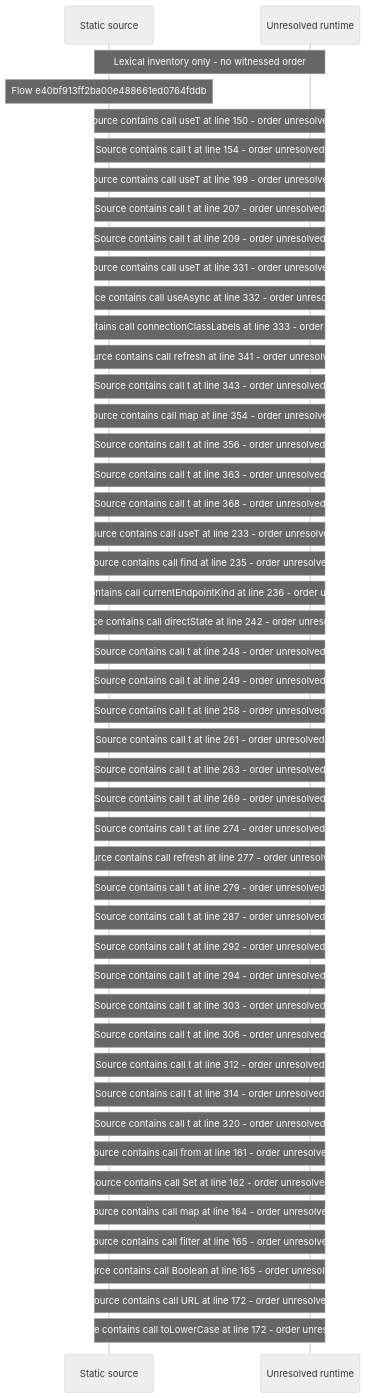
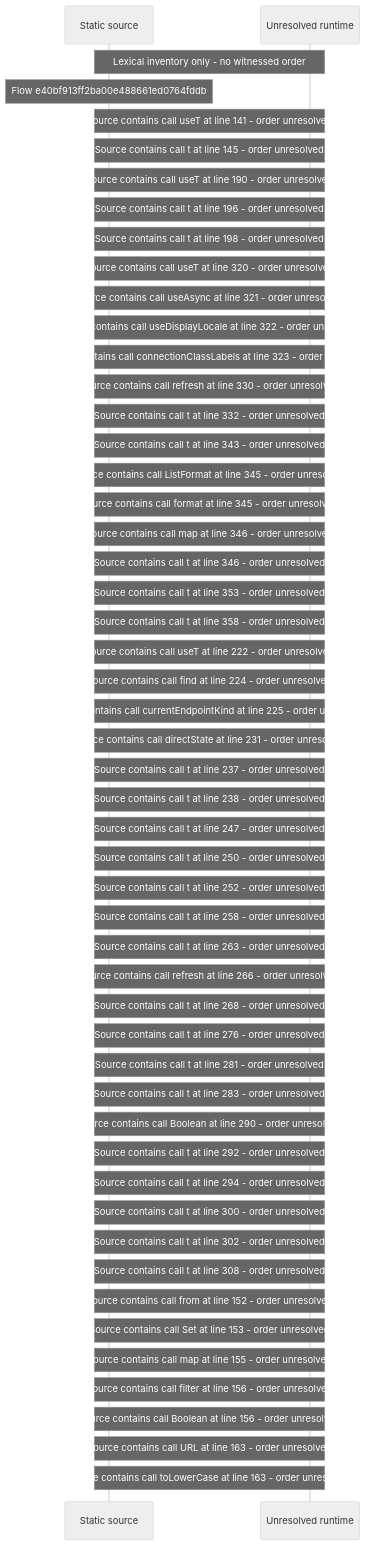
One commit to beamfall/core changed the diagram in docs/web/flows/generated/e40bf913ff2ba00e488661ed0764fddb/flow-diagram.md. Above: the diagram before and after it, drawn with Mermaid (neutral theme). The commit also changed other lines of this file and 715 other files, not shown here.

First line of the commit message:
Regenerate the web flow record on main after CORE-1117

````diff
--- a/docs/web/flows/generated/e40bf913ff2ba00e488661ed0764fddb/flow-diagram.md
+++ b/docs/web/flows/generated/e40bf913ff2ba00e488661ed0764fddb/flow-diagram.md
@@ -10,49 +10,54 @@
 ```mermaid
 sequenceDiagram
     participant S as Static source
     participant U as Unresolved runtime
     Note over S,U: Lexical inventory only - no witnessed order
     Note over S: Flow e40bf913ff2ba00e488661ed0764fddb
-    Note over S,U: Source contains call useT at line 150 - order unresolved
-    Note over S,U: Source contains call t at line 154 - order unresolved
-    Note over S,U: Source contains call useT at line 199 - order unresolved
-    Note over S,U: Source contains call t at line 207 - order unresolved
-    Note over S,U: Source contains call t at line 209 - order unresolved
-    Note over S,U: Source contains call useT at line 331 - order unresolved
-    Note over S,U: Source contains call useAsync at line 332 - order unresolved
-    Note over S,U: Source contains call connectionClassLabels at line 333 - order unresolved
-    Note over S,U: Source contains call refresh at line 341 - order unresolved
+    Note over S,U: Source contains call useT at line 141 - order unresolved
+    Note over S,U: Source contains call t at line 145 - order unresolved
+    Note over S,U: Source contains call useT at line 190 - order unresolved
+    Note over S,U: Source contains call t at line 196 - order unresolved
+    Note over S,U: Source contains call t at line 198 - order unresolved
+    Note over S,U: Source contains call useT at line 320 - order unresolved
+    Note over S,U: Source contains call useAsync at line 321 - order unresolved
+    Note over S,U: Source contains call useDisplayLocale at line 322 - order unresolved
+    Note over S,U: Source contains call connectionClassLabels at line 323 - order unresolved
+    Note over S,U: Source contains call refresh at line 330 - order unresolved
+    Note over S,U: Source contains call t at line 332 - order unresolved
     Note over S,U: Source contains call t at line 343 - order unresolved
-    Note over S,U: Source contains call map at line 354 - order unresolved
-    Note over S,U: Source contains call t at line 356 - order unresolved
-    Note over S,U: Source contains call t at line 363 - order unresolved
-    Note over S,U: Source contains call t at line 368 - order unresolved
-    Note over S,U: Source contains call useT at line 233 - order unresolved
-    Note over S,U: Source contains call find at line 235 - order unresolved
-    Note over S,U: Source contains call currentEndpointKind at line 236 - order unresolved
-    Note over S,U: Source contains call directState at line 242 - order unresolved
-    Note over S,U: Source contains call t at line 248 - order unresolved
-    Note over S,U: Source contains call t at line 249 - order unresolved
+    Note over S,U: Source contains call ListFormat at line 345 - order unresolved
+    Note over S,U: Source contains call format at line 345 - order unresolved
+    Note over S,U: Source contains call map at line 346 - order unresolved
+    Note over S,U: Source contains call t at line 346 - order unresolved
+    Note over S,U: Source contains call t at line 353 - order unresolved
+    Note over S,U: Source contains call t at line 358 - order unresolved
+    Note over S,U: Source contains call useT at line 222 - order unresolved
+    Note over S,U: Source contains call find at line 224 - order unresolved
+    Note over S,U: Source contains call currentEndpointKind at line 225 - order unresolved
+    Note over S,U: Source contains call directState at line 231 - order unresolved
+    Note over S,U: Source contains call t at line 237 - order unresolved
+    Note over S,U: Source contains call t at line 238 - order unresolved
+    Note over S,U: Source contains call t at line 247 - order unresolved
+    Note over S,U: Source contains call t at line 250 - order unresolved
+    Note over S,U: Source contains call t at line 252 - order unresolved
     Note over S,U: Source contains call t at line 258 - order unresolved
-    Note over S,U: Source contains call t at line 261 - order unresolved
     Note over S,U: Source contains call t at line 263 - order unresolved
-    Note over S,U: Source contains call t at line 269 - order unresolved
-    Note over S,U: Source contains call t at line 274 - order unresolved
-    Note over S,U: Source contains call refresh at line 277 - order unresolved
-    Note over S,U: Source contains call t at line 279 - order unresolved
-    Note over S,U: Source contains call t at line 287 - order unresolved
+    Note over S,U: Source contains call refresh at line 266 - order unresolved
+    Note over S,U: Source contains call t at line 268 - order unresolved
+    Note over S,U: Source contains call t at line 276 - order unresolved
+    Note over S,U: Source contains call t at line 281 - order unresolved
+    Note over S,U: Source contains call t at line 283 - order unresolved
+    Note over S,U: Source contains call Boolean at line 290 - order unresolved
     Note over S,U: Source contains call t at line 292 - order unresolved
     Note over S,U: Source contains call t at line 294 - order unresolved
-    Note over S,U: Source contains call t at line 303 - order unresolved
-    Note over S,U: Source contains call t at line 306 - order unresolved
-    Note over S,U: Source contains call t at line 312 - order unresolved
-    Note over S,U: Source contains call t at line 314 - order unresolved
-    Note over S,U: Source contains call t at line 320 - order unresolved
-    Note over S,U: Source contains call from at line 161 - order unresolved
-    Note over S,U: Source contains call Set at line 162 - order unresolved
-    Note over S,U: Source contains call map at line 164 - order unresolved
-    Note over S,U: Source contains call filter at line 165 - order unresolved
-    Note over S,U: Source contains call Boolean at line 165 - order unresolved
-    Note over S,U: Source contains call URL at line 172 - order unresolved
-    Note over S,U: Source contains call toLowerCase at line 172 - order unresolved
+    Note over S,U: Source contains call t at line 300 - order unresolved
+    Note over S,U: Source contains call t at line 302 - order unresolved
+    Note over S,U: Source contains call t at line 308 - order unresolved
+    Note over S,U: Source contains call from at line 152 - order unresolved
+    Note over S,U: Source contains call Set at line 153 - order unresolved
+    Note over S,U: Source contains call map at line 155 - order unresolved
+    Note over S,U: Source contains call filter at line 156 - order unresolved
+    Note over S,U: Source contains call Boolean at line 156 - order unresolved
+    Note over S,U: Source contains call URL at line 163 - order unresolved
+    Note over S,U: Source contains call toLowerCase at line 163 - order unresolved
 ```
````
